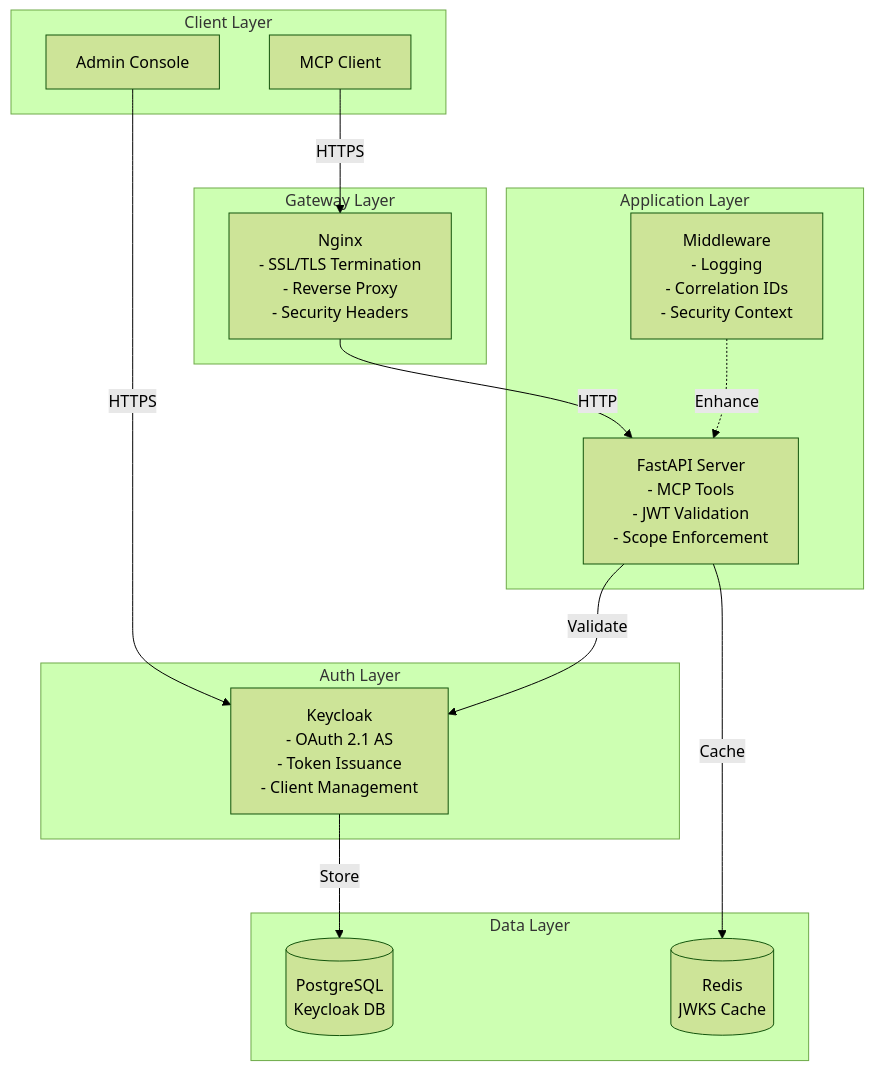
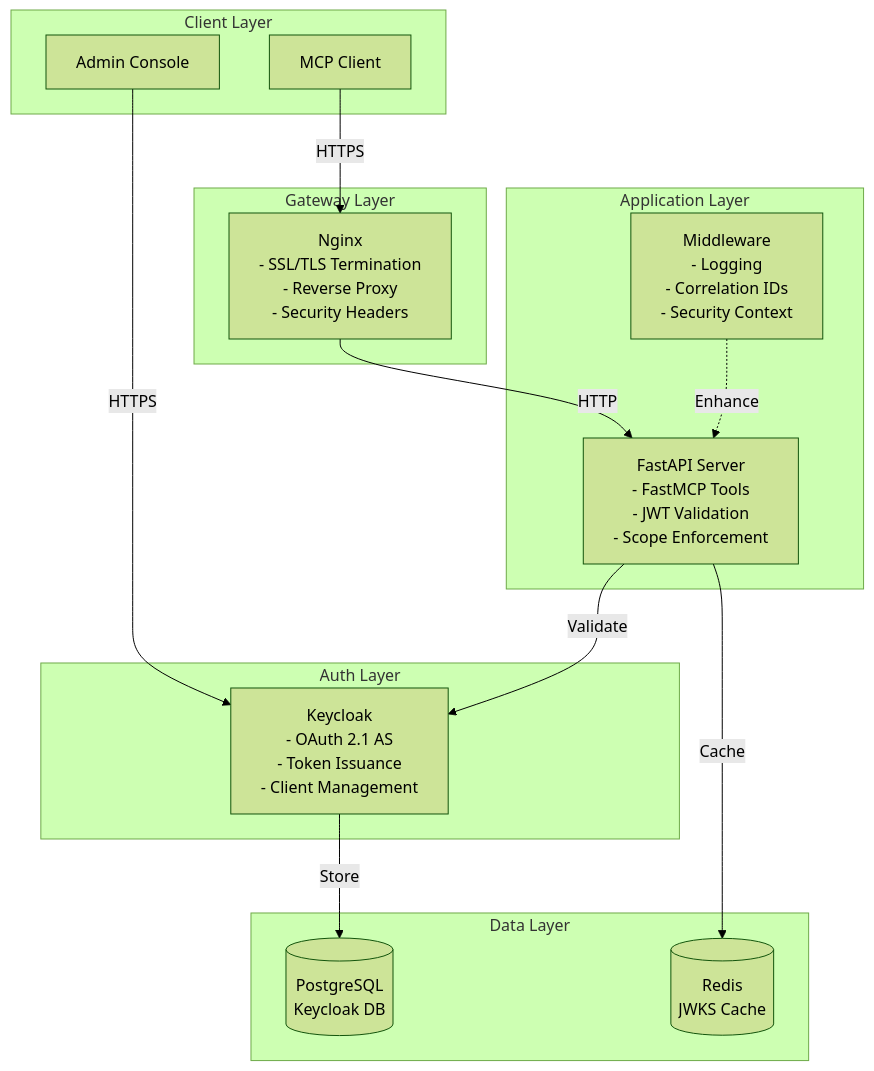
Before and after one commit to phunt/demoSecureMCP: the first of 2 diagrams in README.md, drawn with Mermaid (forest theme). The commit also changed other lines of this file and 3 other files, not shown here.

Commit message:
highlight the benefits/usage of FastMCP

````diff
--- a/README.md
+++ b/README.md
@@ -17,33 +17,33 @@
 ```mermaid
 graph TB
     subgraph "Client Layer"
         MC[MCP Client]
         AC[Admin Console]
     end
     
     subgraph "Gateway Layer"
         NG[Nginx<br/>- SSL/TLS Termination<br/>- Reverse Proxy<br/>- Security Headers]
     end
     
     subgraph "Application Layer"
-        API[FastAPI Server<br/>- MCP Tools<br/>- JWT Validation<br/>- Scope Enforcement]
+        API[FastAPI Server<br/>- FastMCP Tools<br/>- JWT Validation<br/>- Scope Enforcement]
         MW[Middleware<br/>- Logging<br/>- Correlation IDs<br/>- Security Context]
     end
     
     subgraph "Auth Layer"
         KC[Keycloak<br/>- OAuth 2.1 AS<br/>- Token Issuance<br/>- Client Management]
     end
     
     subgraph "Data Layer"
         PG[(PostgreSQL<br/>Keycloak DB)]
         RD[(Redis<br/>JWKS Cache)]
     end
     
     MC -->|HTTPS| NG
     AC -->|HTTPS| KC
     NG -->|HTTP| API
     API -->|Validate| KC
     API -->|Cache| RD
     KC -->|Store| PG
     MW -.->|Enhance| API
 ```
````
